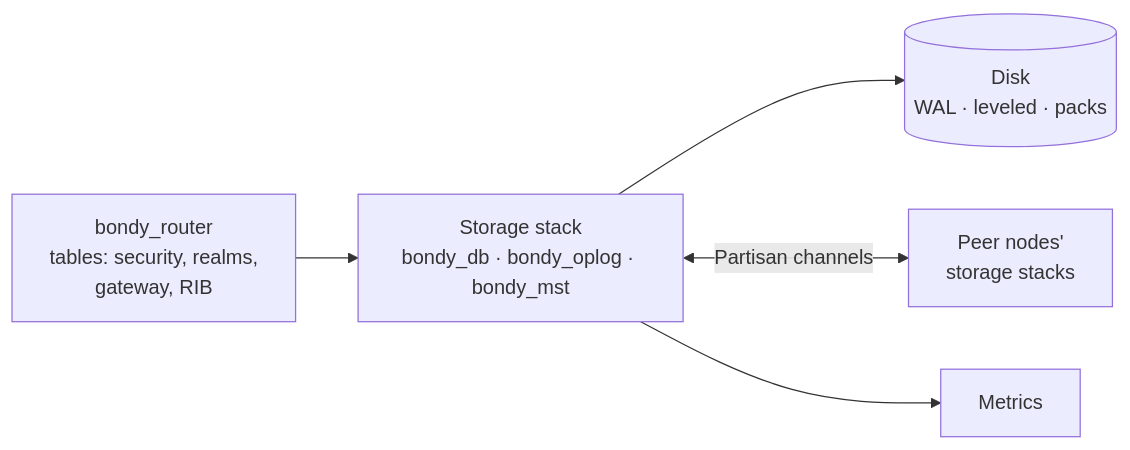
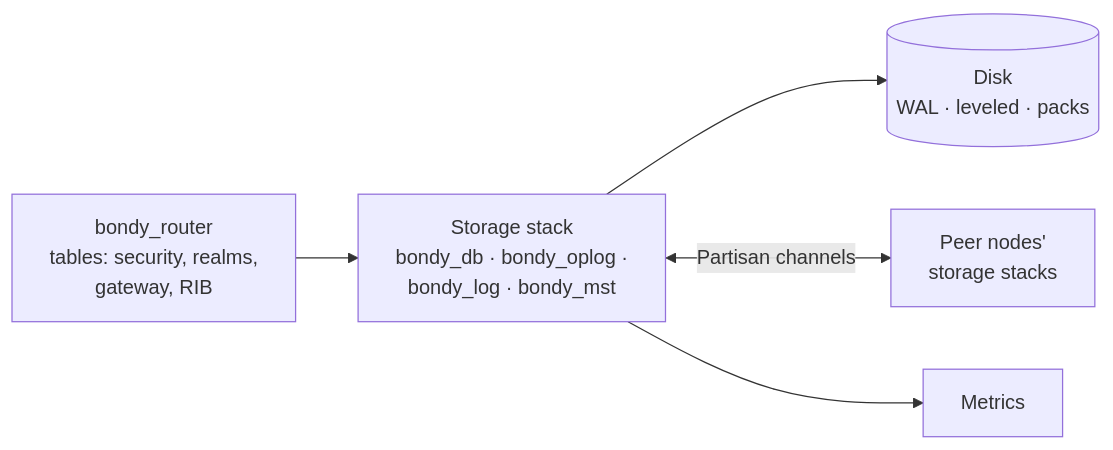
The diagram in doc/guides/architecture/db_architecture.md (bondy-io/bondy), drawn with Mermaid before and after one commit. The commit also changed other lines of this file and 449 other files, not shown here.

````diff
--- a/doc/guides/architecture/db_architecture.md
+++ b/doc/guides/architecture/db_architecture.md
@@ -16,7 +16,7 @@
 ```mermaid
 flowchart LR
-    R[bondy_router<br/>tables: security, realms,<br/>gateway, RIB] --> DB[Storage stack<br/>bondy_db · bondy_oplog · bondy_mst]
+    R[bondy_router<br/>tables: security, realms,<br/>gateway, RIB] --> DB[Storage stack<br/>bondy_db · bondy_oplog ·<br/>bondy_log · bondy_mst]
     DB --> DISK[("Disk<br/>WAL · leveled · packs")]
     DB <-->|Partisan channels| PEERS[Peer nodes'<br/>storage stacks]
     DB --> MET[Metrics]
 ```
````
